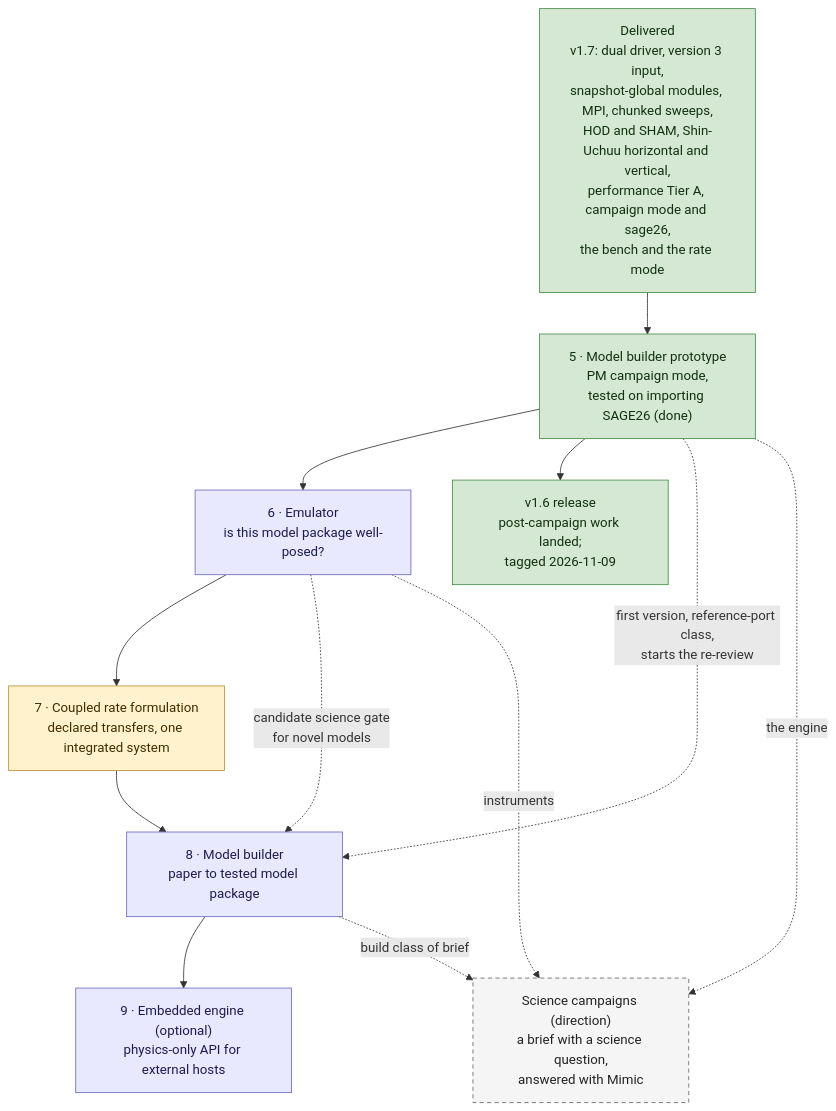
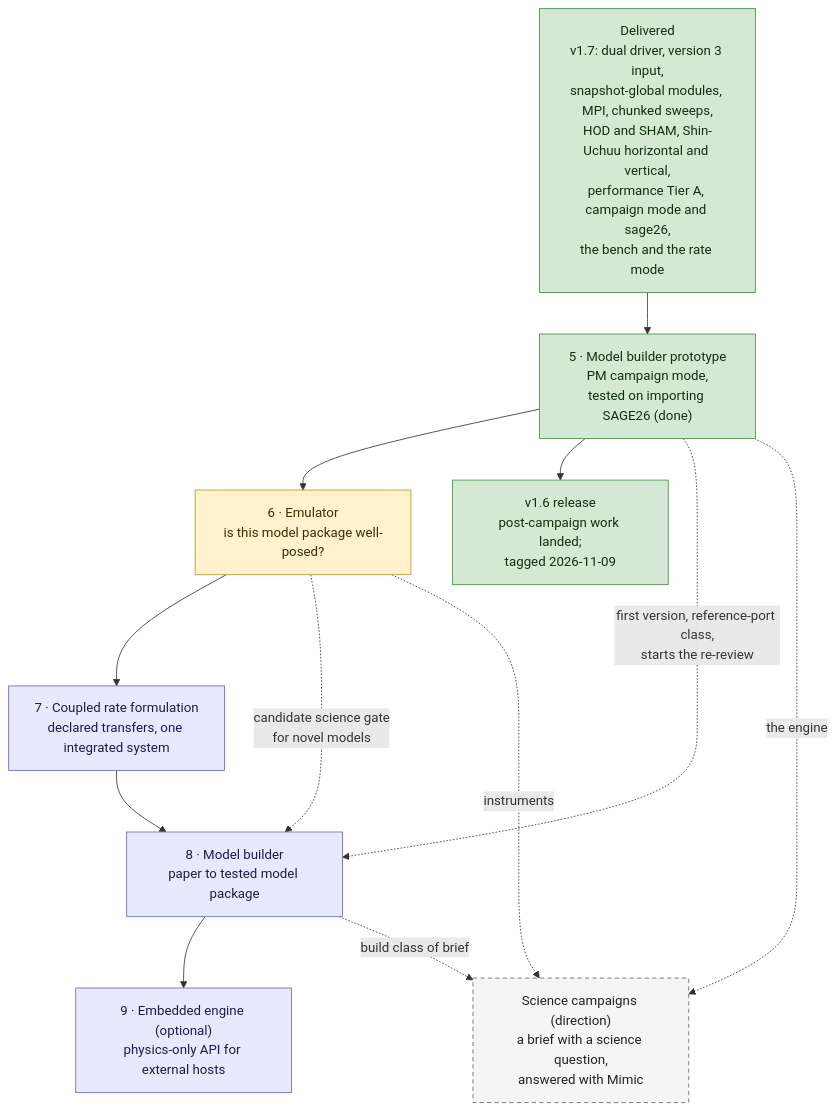
One commit to darrencroton/mimic changed the diagram in docs/dev/MIMIC-DEVELOPMENT-PATHWAY.md. Above: the diagram before and after it, drawn with Mermaid. The commit also changed other lines of this file and 4 other files, not shown here.

````diff
--- a/docs/dev/MIMIC-DEVELOPMENT-PATHWAY.md
+++ b/docs/dev/MIMIC-DEVELOPMENT-PATHWAY.md
@@ -118,28 +120,28 @@
 ```mermaid
 flowchart TD
     DONE["Delivered<br/>v1.7: dual driver, version 3 input,<br/>snapshot-global modules, MPI, chunked sweeps,<br/>HOD and SHAM, Shin-Uchuu horizontal and vertical,<br/>performance Tier A, campaign mode and sage26,<br/>the bench and the rate mode"]
     PCW["v1.6 release<br/>post-campaign work landed;<br/>tagged 2026-11-09"]
     S5["5 · Model builder prototype<br/>PM campaign mode,<br/>tested on importing SAGE26 (done)"]
     S6["6 · Emulator<br/>is this model package well-posed?"]
     S7["7 · Coupled rate formulation<br/>declared transfers, one integrated system"]
     S8["8 · Model builder<br/>paper to tested model package"]
     S9["9 · Embedded engine (optional)<br/>physics-only API for external hosts"]
     GOAL["Science campaigns (direction)<br/>a brief with a science question,<br/>answered with Mimic"]
 
     DONE --> S5 --> S6 --> S7 --> S8 --> S9
     S5 --> PCW
     S5 -.->|first version, reference-port class,<br/>starts the re-review| S8
     S6 -.->|candidate science gate<br/>for novel models| S8
     S5 -.->|the engine| GOAL
     S6 -.->|instruments| GOAL
     S8 -.->|build class of brief| GOAL
 
     classDef done fill:#d5e8d4,stroke:#478c47,color:#12300f
     classDef next fill:#fff2cc,stroke:#b8932e,color:#3d2e00
     classDef step fill:#e8e8ff,stroke:#6a6ac0,color:#1c1c4d
     classDef goal fill:#f5f5f5,stroke:#666666,stroke-dasharray:5 4,color:#222222
     class DONE,S5,PCW done
-    class S7 next
-    class S6,S8,S9 step
+    class S6 next
+    class S7,S8,S9 step
     class GOAL goal
 ```
````
